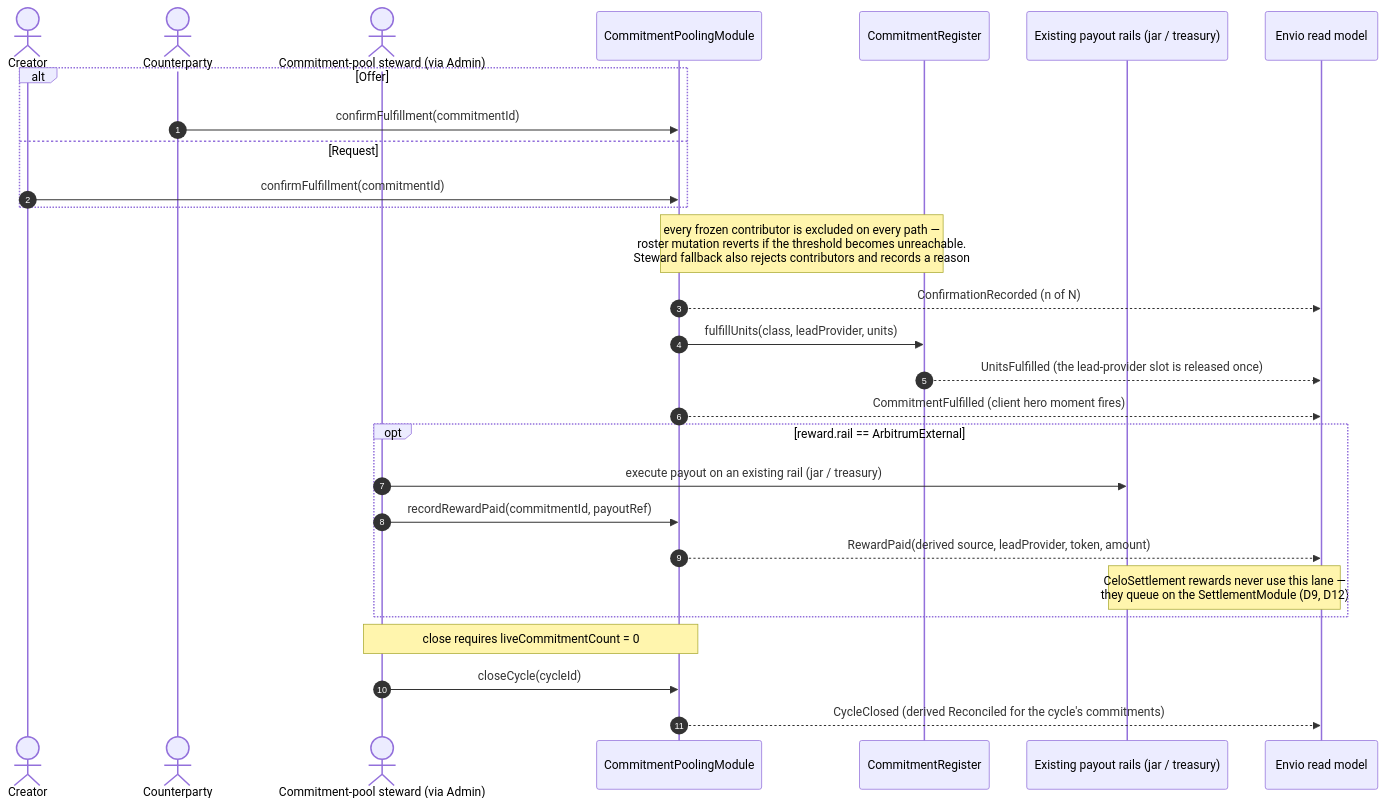
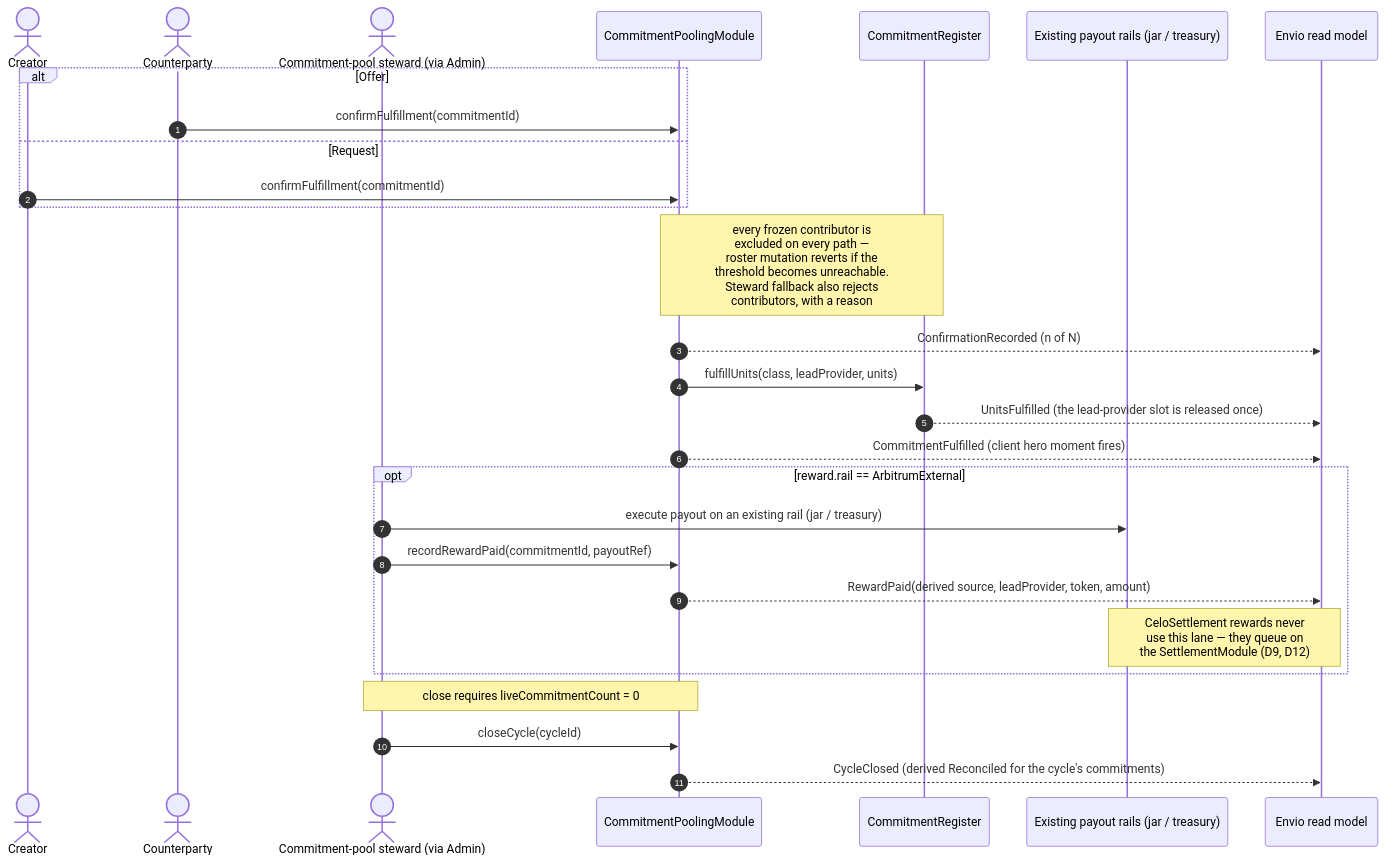
The sixth of 33 diagrams in .plans/active/commitment-pooling/diagrams.md (greenpill-dev-guild/green-goods), drawn with Mermaid before and after one commit. The commit also changed other lines of this file and 20 other files, not shown here.

````diff
--- a/.plans/active/commitment-pooling/diagrams.md
+++ b/.plans/active/commitment-pooling/diagrams.md
@@ -372,31 +380,31 @@
 ```mermaid
 sequenceDiagram
   autonumber
   actor A as Creator
   actor B as Counterparty
   actor OP as Commitment-pool steward (via Admin)
   participant M as CommitmentPoolingModule
   participant R as CommitmentRegister
   participant RAILS as Existing payout rails (jar / treasury)
   participant IDX as Envio read model
 
   alt Offer
     B->>M: confirmFulfillment(commitmentId)
   else Request
     A->>M: confirmFulfillment(commitmentId)
   end
-  Note over M,R: every frozen contributor is excluded on every path —<br/>roster mutation reverts if the threshold becomes unreachable.<br/>Steward fallback also rejects contributors and records a reason
+  Note over M,R: every frozen contributor is<br/>excluded on every path —<br/>roster mutation reverts if the<br/>threshold becomes unreachable.<br/>Steward fallback also rejects<br/>contributors, with a reason
   M-->>IDX: ConfirmationRecorded (n of N)
   M->>R: fulfillUnits(class, leadProvider, units)
   R-->>IDX: UnitsFulfilled (the lead-provider slot is released once)
   M-->>IDX: CommitmentFulfilled (client hero moment fires)
   opt reward.rail == ArbitrumExternal
     OP->>RAILS: execute payout on an existing rail (jar / treasury)
     OP->>M: recordRewardPaid(commitmentId, payoutRef)
     M-->>IDX: RewardPaid(derived source, leadProvider, token, amount)
-    Note over RAILS,IDX: CeloSettlement rewards never use this lane —<br/>they queue on the SettlementModule (D9, D12)
+    Note over RAILS,IDX: CeloSettlement rewards never<br/>use this lane — they queue on<br/>the SettlementModule (D9, D12)
   end
   Note over OP,M: close requires liveCommitmentCount = 0
   OP->>M: closeCycle(cycleId)
   M-->>IDX: CycleClosed (derived Reconciled for the cycle's commitments)
 ```
````
